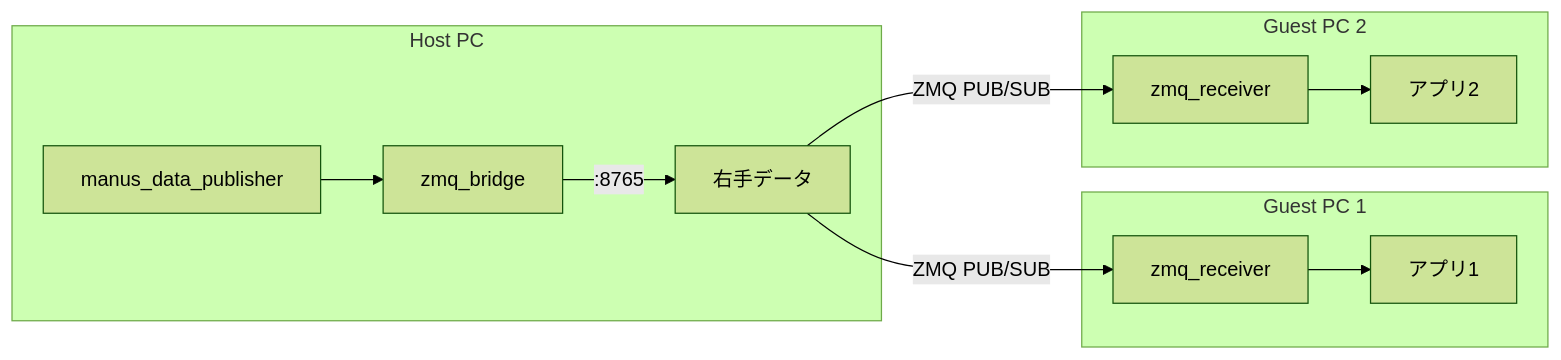
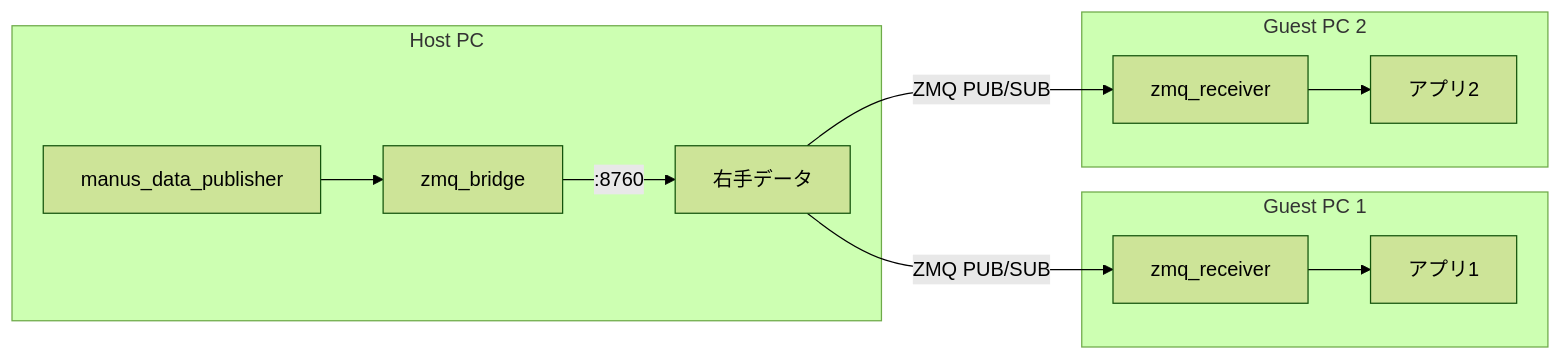
Before and after one commit to GeminiNinth/manus_ros2_transporter: the fifth of 5 diagrams in README.ja.md, drawn with Mermaid (forest theme). The commit also changed other lines of this file and 7 other files, not shown here.

````diff
--- a/README.ja.md
+++ b/README.ja.md
@@ -276,18 +276,18 @@
 ```mermaid
 flowchart LR
     subgraph Host [Host PC]
         H_MDP[manus_data_publisher] --> H_ZB[zmq_bridge]
-        H_ZB -->|:8765| H_R[右手データ]
+        H_ZB -->|:8760| H_R[右手データ]
     end
     
     subgraph Guest1 [Guest PC 1]
         G1_ZR[zmq_receiver] --> G1_App[アプリ1]
     end
     
     subgraph Guest2 [Guest PC 2]
         G2_ZR[zmq_receiver] --> G2_App[アプリ2]
     end
     
     H_R -->|ZMQ PUB/SUB| G1_ZR
     H_R -->|ZMQ PUB/SUB| G2_ZR
 ```
````
